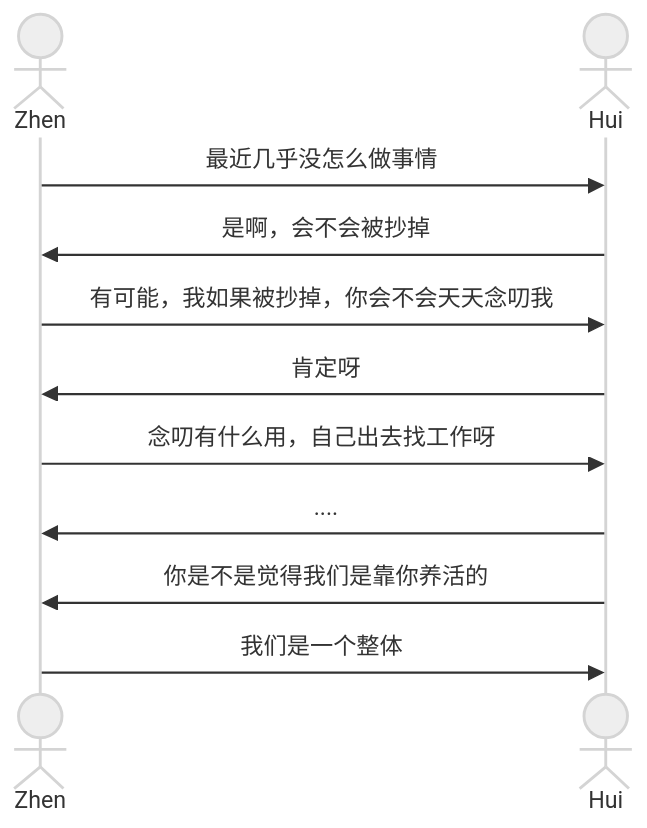
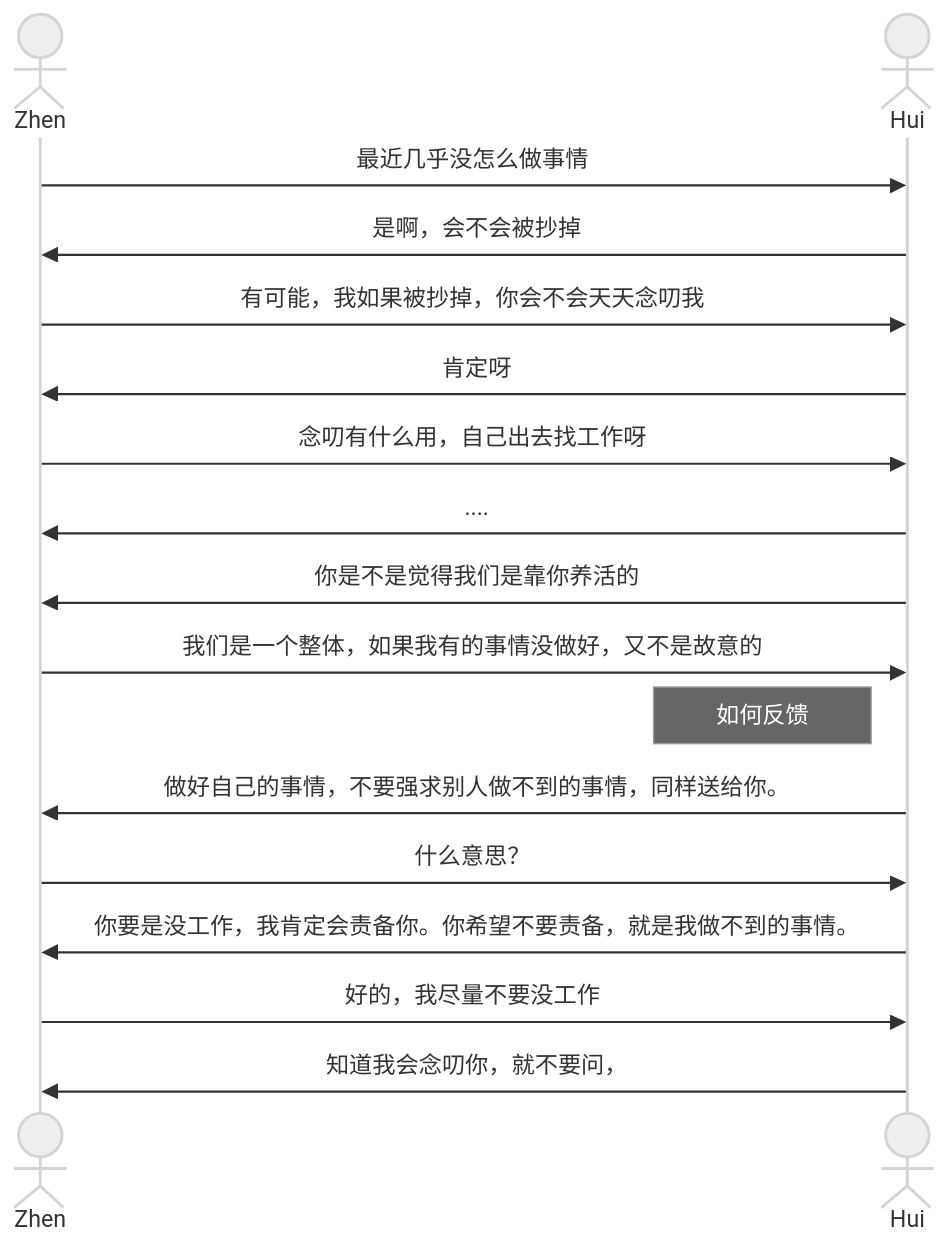
One commit to newle/newle.github.io changed the diagram in 0a 家庭.md. Above: the diagram before and after it, drawn with Mermaid (neutral theme).

Commit message:
vault backup: 2022-12-01 18:40:57

````diff
--- a/0a 家庭.md
+++ b/0a 家庭.md
@@ -3,15 +3,21 @@
 ```mermaid
 sequenceDiagram
 
 actor Zhen
 actor Hui
 
 Zhen ->> Hui: 最近几乎没怎么做事情
 Hui ->> Zhen: 是啊，会不会被抄掉
 Zhen ->> Hui: 有可能，我如果被抄掉，你会不会天天念叨我
 Hui ->> Zhen: 肯定呀
 Zhen ->> Hui: 念叨有什么用，自己出去找工作呀
 Hui ->> Zhen: ....
 Hui ->> Zhen: 你是不是觉得我们是靠你养活的
-Zhen ->> Hui: 我们是一个整体
+Zhen ->> Hui: 我们是一个整体，如果我有的事情没做好，又不是故意的
+Note Left of Hui: 如何反馈
+Hui ->> Zhen: 做好自己的事情，不要强求别人做不到的事情，同样送给你。
+Zhen ->> Hui: 什么意思？
+Hui ->> Zhen: 你要是没工作，我肯定会责备你。你希望不要责备，就是我做不到的事情。
+Zhen ->> Hui: 好的，我尽量不要没工作
+Hui ->> Zhen: 知道我会念叨你，就不要问，
 ```
````
